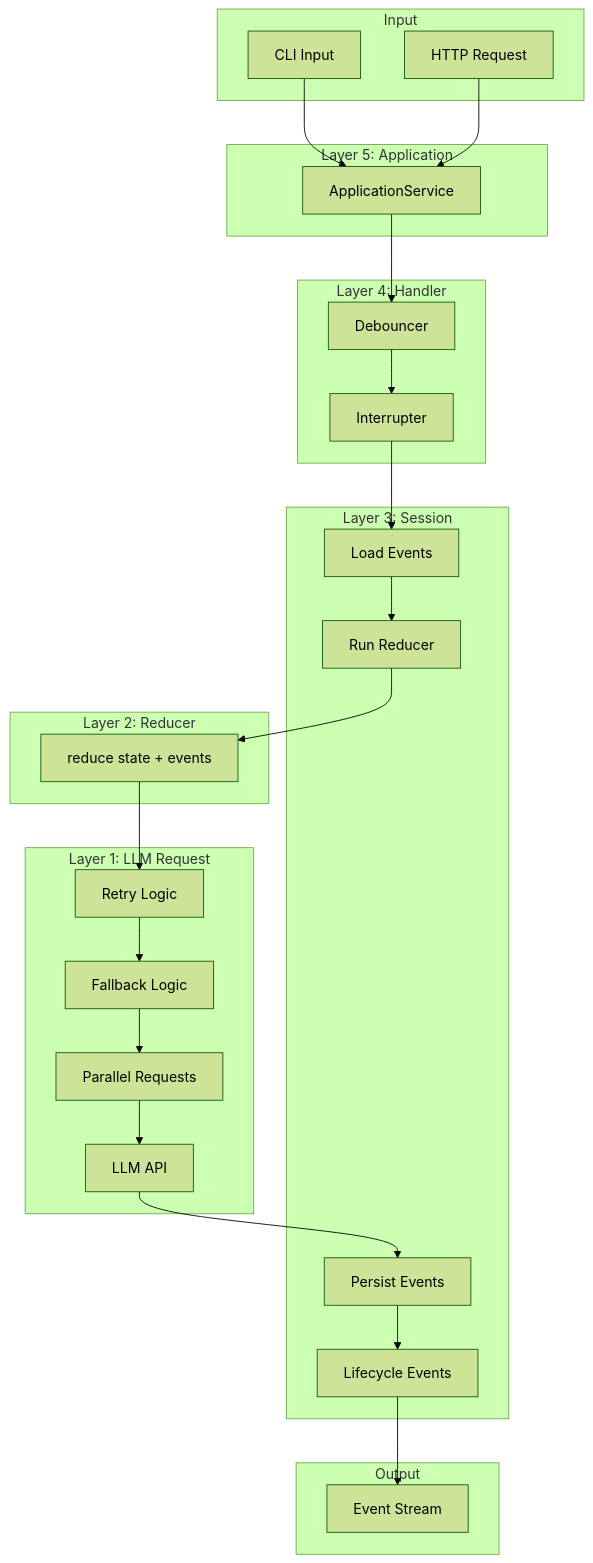
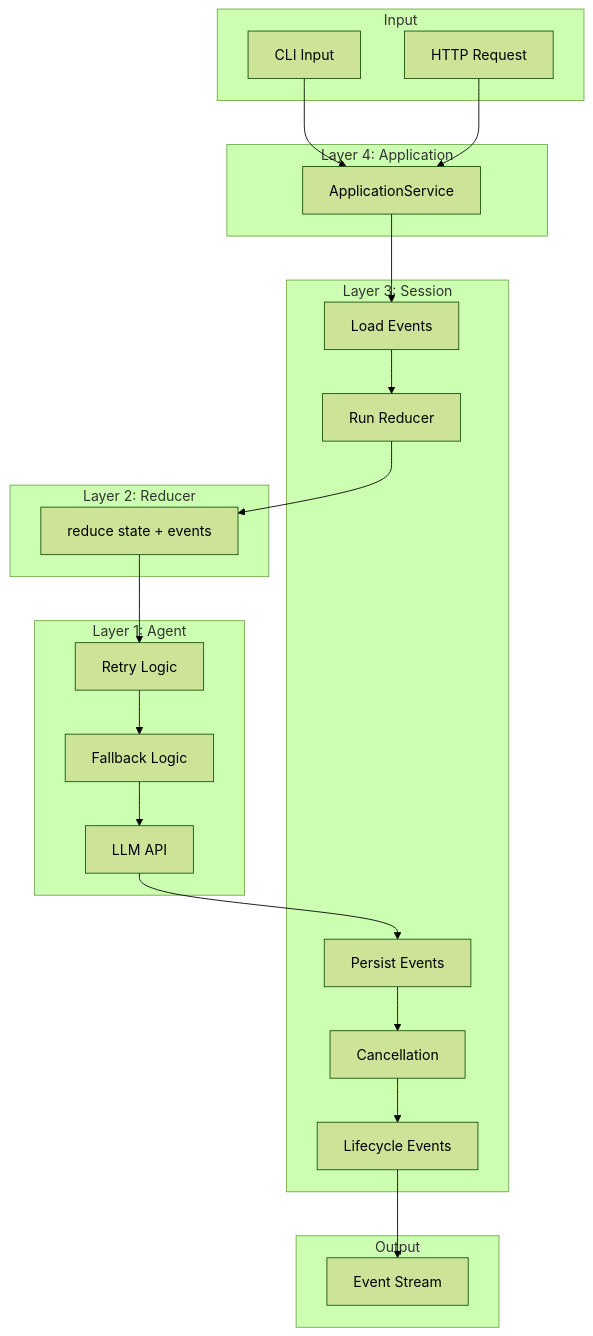
One commit to iterate/mini-agent changed the first of 2 diagrams in docs/10-architecture-overview.md. Above: the diagram before and after it, drawn with Mermaid (forest theme). The commit also changed other lines of this file and 5 other files, not shown here.

First line of the commit message:
Improve Effect Schema patterns and consolidate event types

````diff
--- a/docs/10-architecture-overview.md
+++ b/docs/10-architecture-overview.md
@@ -202,53 +195,46 @@
 ```mermaid
 flowchart TB
     subgraph "Input"
         CLI[CLI Input]
         HTTP[HTTP Request]
     end
 
-    subgraph "Layer 5: Application"
+    subgraph "Layer 4: Application"
         APP[ApplicationService]
-    end
-
-    subgraph "Layer 4: Handler"
-        DEB[Debouncer]
-        INT[Interrupter]
     end
 
     subgraph "Layer 3: Session"
         LOAD[Load Events]
         RED[Run Reducer]
         PERS[Persist Events]
+        CANCEL[Cancellation]
         LIFE[Lifecycle Events]
     end
 
     subgraph "Layer 2: Reducer"
         REDUCE[reduce state + events]
     end
 
-    subgraph "Layer 1: LLM Request"
+    subgraph "Layer 1: Agent"
         RETRY[Retry Logic]
         FALL[Fallback Logic]
-        PAR[Parallel Requests]
         LLM[LLM API]
     end
 
     subgraph "Output"
         STREAM[Event Stream]
     end
 
     CLI --> APP
     HTTP --> APP
-    APP --> DEB
-    DEB --> INT
-    INT --> LOAD
+    APP --> LOAD
     LOAD --> RED
     RED --> REDUCE
     REDUCE --> RETRY
     RETRY --> FALL
-    FALL --> PAR
-    PAR --> LLM
+    FALL --> LLM
     LLM --> PERS
-    PERS --> LIFE
+    PERS --> CANCEL
+    CANCEL --> LIFE
     LIFE --> STREAM
 ```
````
